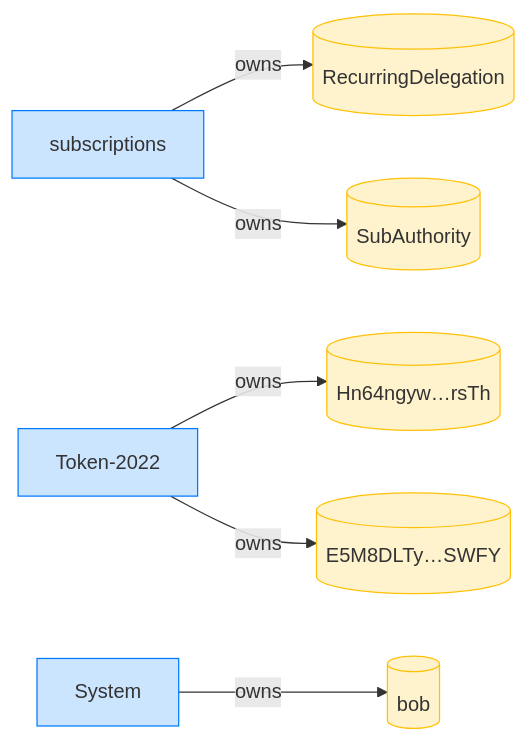
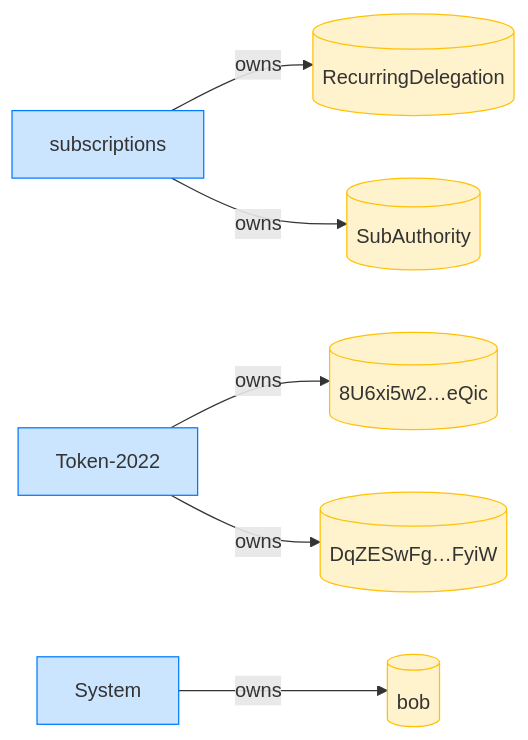
Before and after one commit to cds-rs/subscriptions: diagram 12 of 12 in dsl_tests/recurring-transfer-over-a-token-2022-confidential-transfer-mint.md, drawn with Mermaid. The commit also changed other lines of this file and 224 other files, not shown here.

````diff
--- a/dsl_tests/recurring-transfer-over-a-token-2022-confidential-transfer-mint.md
+++ b/dsl_tests/recurring-transfer-over-a-token-2022-confidential-transfer-mint.md
@@ -235,18 +249,18 @@
 ```mermaid
 flowchart LR
     classDef owner fill:#cce5ff,stroke:#007bff;
     classDef account fill:#fff3cd,stroke:#ffc107;
     subscriptions[subscriptions]:::owner
     RecurringDelegation[(RecurringDelegation)]:::account
     SubAuthority[(SubAuthority)]:::account
     Token_2022["Token-2022"]:::owner
-    Hn64ngyw_rsTh[("Hn64ngyw…rsTh")]:::account
-    E5M8DLTy_SWFY[("E5M8DLTy…SWFY")]:::account
+    8U6xi5w2_eQic[("8U6xi5w2…eQic")]:::account
+    DqZESwFg_FyiW[("DqZESwFg…FyiW")]:::account
     System[System]:::owner
     bob[(bob)]:::account
     subscriptions -->|owns| RecurringDelegation
     subscriptions -->|owns| SubAuthority
-    Token_2022 -->|owns| Hn64ngyw_rsTh
-    Token_2022 -->|owns| E5M8DLTy_SWFY
+    Token_2022 -->|owns| 8U6xi5w2_eQic
+    Token_2022 -->|owns| DqZESwFg_FyiW
     System -->|owns| bob
 ```
````
